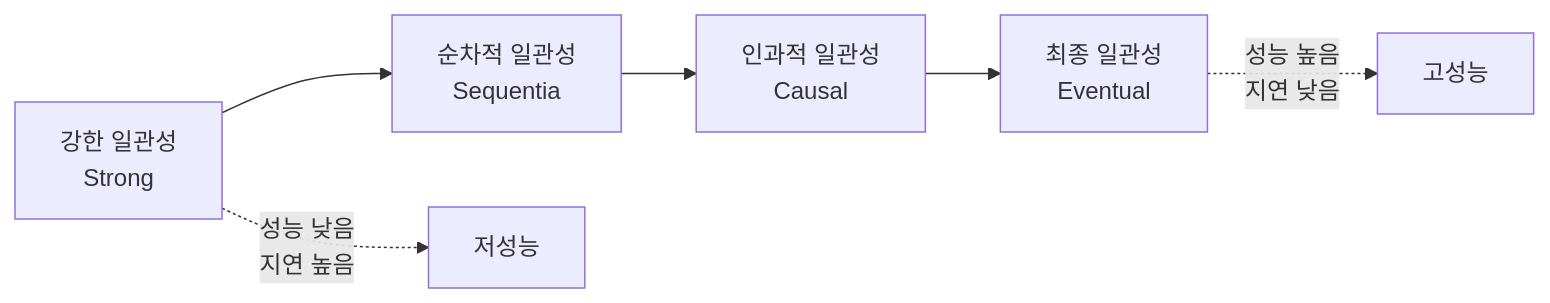
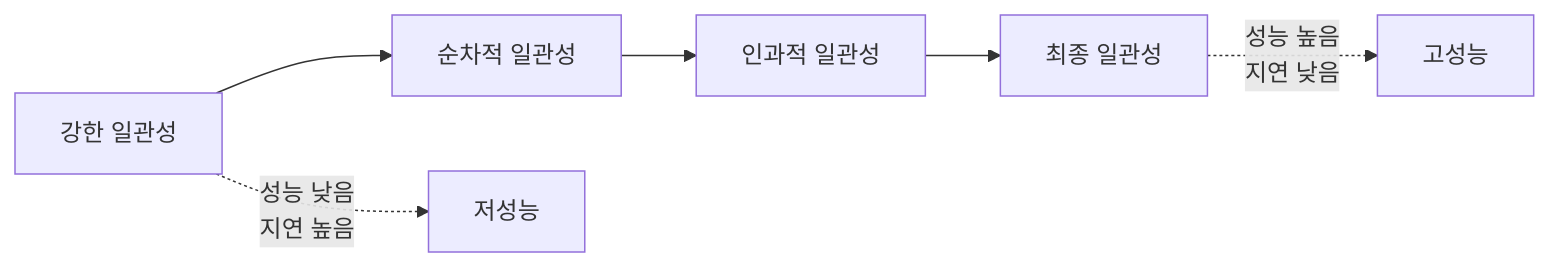
Before and after one commit to yjkim2015/yjkim2015.github.io: the third of 17 diagrams in _posts/systemdesign/2026-05-02-system-design-fundamentals.md, drawn with Mermaid. The commit also changed other lines of this file and 217 other files, not shown here.

First line of the commit message:
Mermaid 크기 수정: useMaxWidth:true + SVG max-width:100% + 라벨 축소

````diff
--- a/_posts/systemdesign/2026-05-02-system-design-fundamentals.md
+++ b/_posts/systemdesign/2026-05-02-system-design-fundamentals.md
@@ -137,8 +137,8 @@
 ```mermaid
 graph LR
-    A["강한 일관성\nStrong"] --> B["순차적 일관성\nSequentia"]
-    B --> C["인과적 일관성\nCausal"]
-    C --> D["최종 일관성\nEventual"]
+    A["강한 일관성"] --> B["순차적 일관성"]
+    B --> C["인과적 일관성"]
+    C --> D["최종 일관성"]
     A -.->|"성능 낮음\n지연 높음"| E["저성능"]
     D -.->|"성능 높음\n지연 낮음"| F["고성능"]
 ```
````
